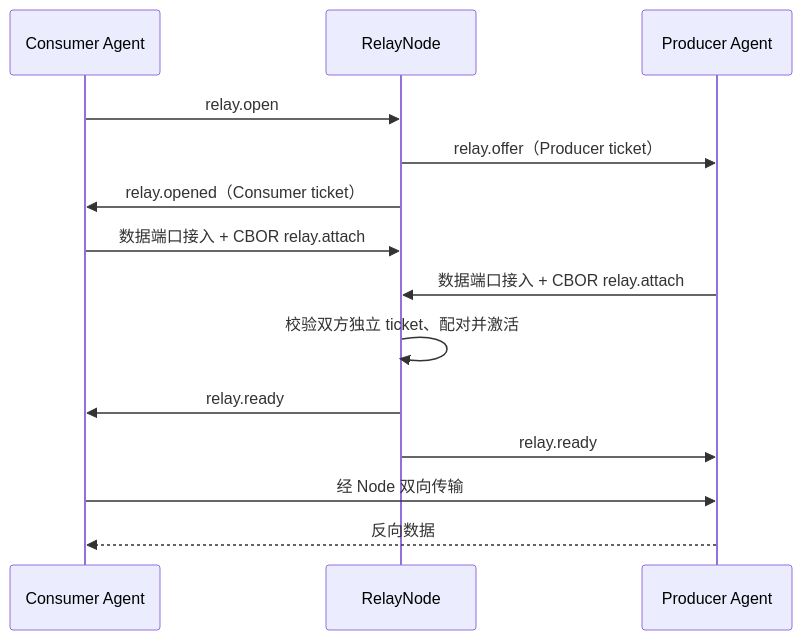
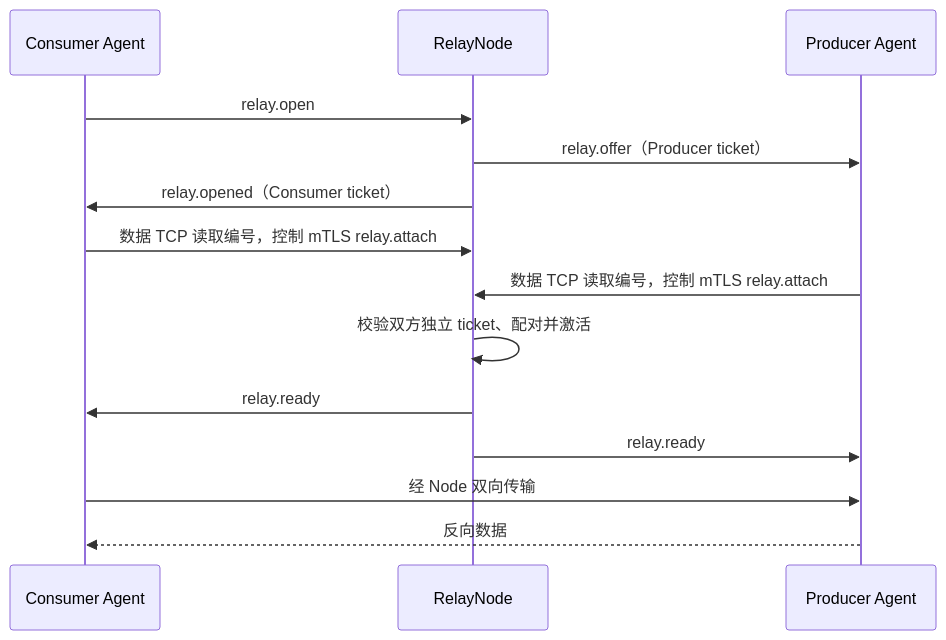
One commit to Xtinc/relayweave changed the eighth of 20 diagrams in docs/RelayWeave设计.md. Above: the diagram before and after it, drawn with Mermaid. The commit also changed other lines of this file and 62 other files, not shown here.

````diff
--- a/docs/RelayWeave设计.md
+++ b/docs/RelayWeave设计.md
@@ -405,16 +408,16 @@
 ```mermaid
 sequenceDiagram
     participant C as Consumer Agent
     participant N as RelayNode
     participant P as Producer Agent
     C->>N: relay.open
     N->>P: relay.offer（Producer ticket）
     N->>C: relay.opened（Consumer ticket）
-    C->>N: 数据端口接入 + CBOR relay.attach
-    P->>N: 数据端口接入 + CBOR relay.attach
+    C->>N: 数据 TCP 读取编号，控制 mTLS relay.attach
+    P->>N: 数据 TCP 读取编号，控制 mTLS relay.attach
     N->>N: 校验双方独立 ticket、配对并激活
     N->>C: relay.ready
     N->>P: relay.ready
     C->>P: 经 Node 双向传输
     P-->>C: 反向数据
 ```
````
